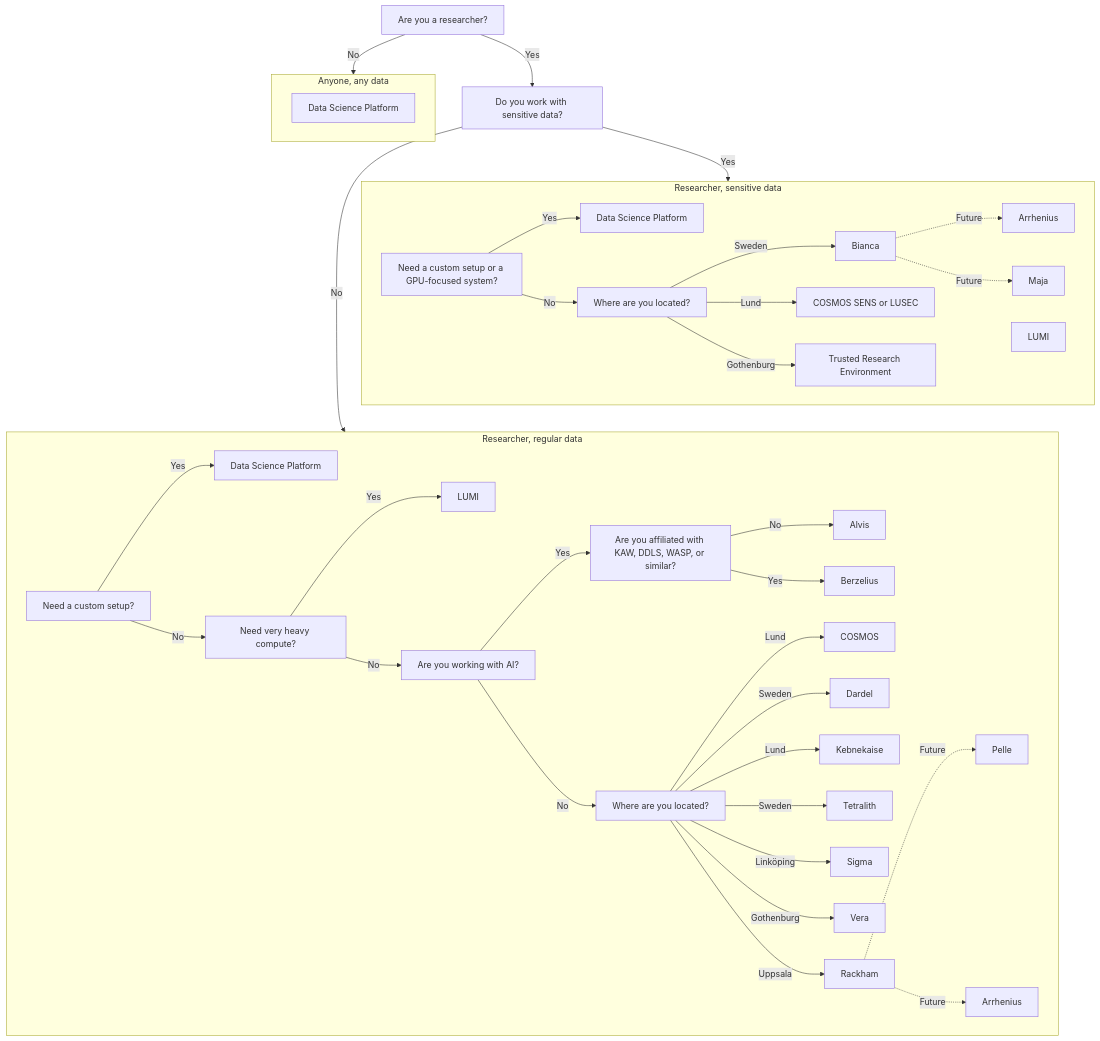
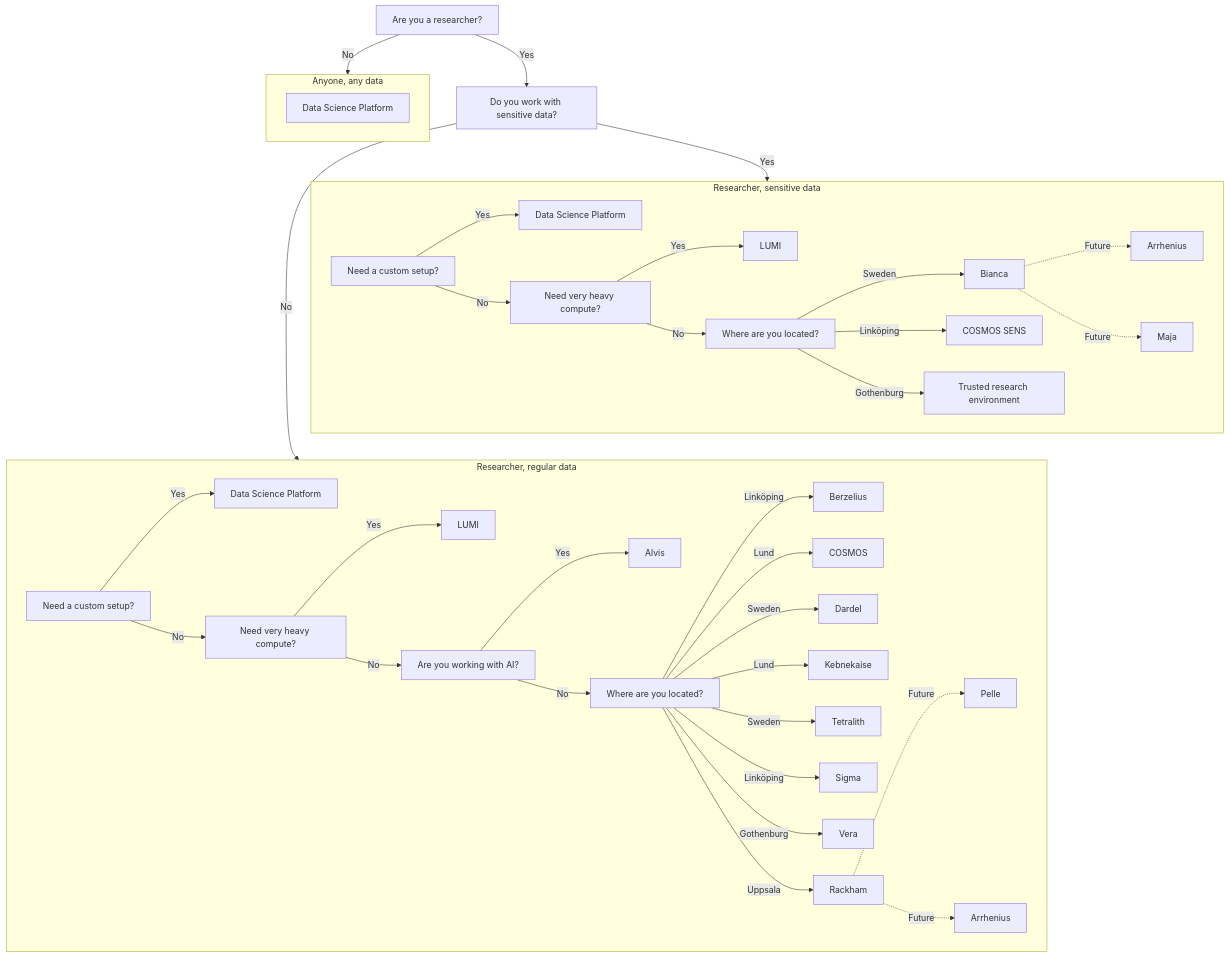
Before and after one commit to NBISweden/SCoRe_user_doc: the diagram in docs/compute.md, drawn with Mermaid. The commit also changed 2 other files, not shown here.

Commit message:
Update content

```diff
--- a/docs/compute.md
+++ b/docs/compute.md
@@ -11,19 +11,23 @@
   subgraph researcher_on_sensitive_data[Researcher, sensitive data]
     arrhenius_rs[Arrhenius]
     bianca[Bianca]
-    cosmos_sens[COSMOS SENS or LUSEC]    
+    cosmos_sens[COSMOS SENS]    
     data_science_platform_rs[Data Science Platform]
     lumi_rs[LUMI]
     maja[Maja]
-    trusted_research_environment_rs[Trusted Research Environment]
+    trusted_research_environment_rs[Trusted research environment]
 
-    question_custom_rs[Need a custom setup or a GPU-focused system?]
+    question_custom_rs[Need a custom setup?]
     question_custom_rs --> |Yes| data_science_platform_rs
-    question_custom_rs --> |No| question_where_rs
+    question_custom_rs --> |No| question_very_heavy_compute_rs
+
+    question_very_heavy_compute_rs[Need very heavy compute?]
+    question_very_heavy_compute_rs --> |Yes| lumi_rs
+    question_very_heavy_compute_rs --> |No| question_where_rs
 
     question_where_rs[Where are you located?]
     question_where_rs --> |Sweden| bianca
-    question_where_rs --> |Lund| cosmos_sens
+    question_where_rs --> |Linköping| cosmos_sens
     question_where_rs --> |Gothenburg| trusted_research_environment_rs
 
     bianca -.-> |Future| maja
@@ -55,14 +59,11 @@
     question_very_heavy_compute_rr --> |No| question_ai
 
     question_ai[Are you working with AI?]
-    question_ai --> |Yes| question_kaw
+    question_ai --> |Yes| alvis
     question_ai --> |No| question_where_rr
 
-    question_kaw[Are you affiliated with KAW, DDLS, WASP, or similar?]
-    question_kaw --> |Yes| berzelius
-    question_kaw --> |No| alvis
-
     question_where_rr[Where are you located?]
+    question_where_rr --> |Linköping| berzelius
     question_where_rr --> |Lund| cosmos
     question_where_rr --> |Sweden| dardel
     question_where_rr --> |Lund| kebnekaise
```
